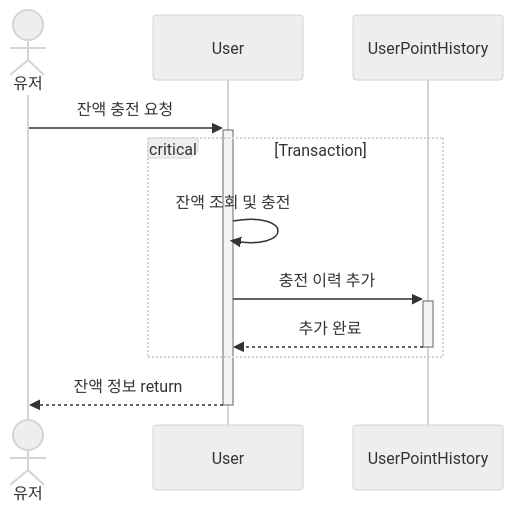
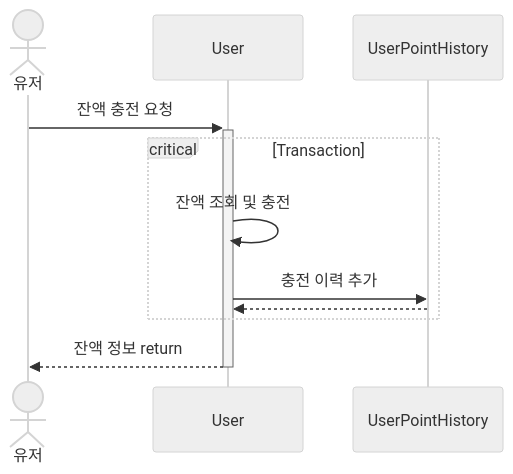
Before and after one commit to giwonn/hhplus-concert: the tenth of 11 diagrams in docs/sequence_diagram.md, drawn with Mermaid (neutral theme). The commit also changed other lines of this file and 3 other files, not shown here.

Commit message:
feat: 스키마 및 시퀀스 다이어그램 변경

````diff
--- a/docs/sequence_diagram.md
+++ b/docs/sequence_diagram.md
@@ -189,14 +200,14 @@
 ```mermaid
 sequenceDiagram
   actor A1 as 유저
   participant User as User
   participant UserPointHistory as UserPointHistory
 
   A1 ->>+ User: 잔액 충전 요청
   critical Transaction
      User ->> User: 잔액 조회 및 충전
-     User ->>+ UserPointHistory: 충전 이력 추가
-     UserPointHistory -->>- User: 추가 완료
+     User ->> UserPointHistory: 충전 이력 추가
+     UserPointHistory -->> User: 
   end
    User -->>- A1: 잔액 정보 return
 ```
````
